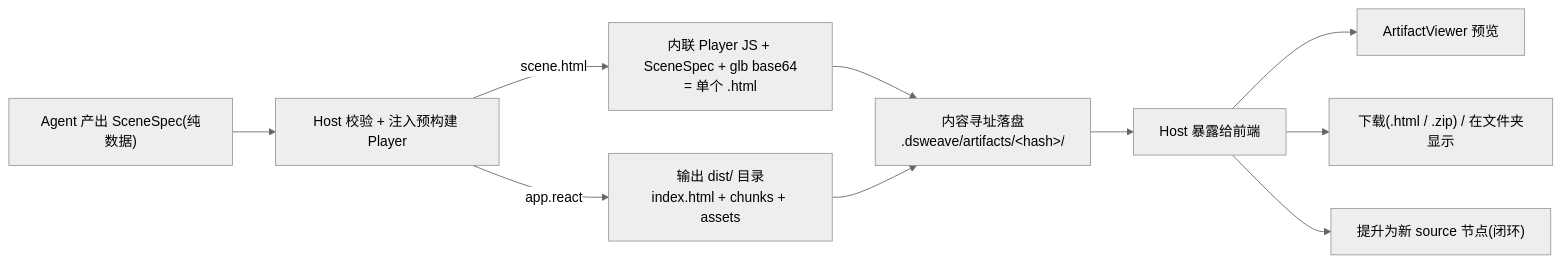
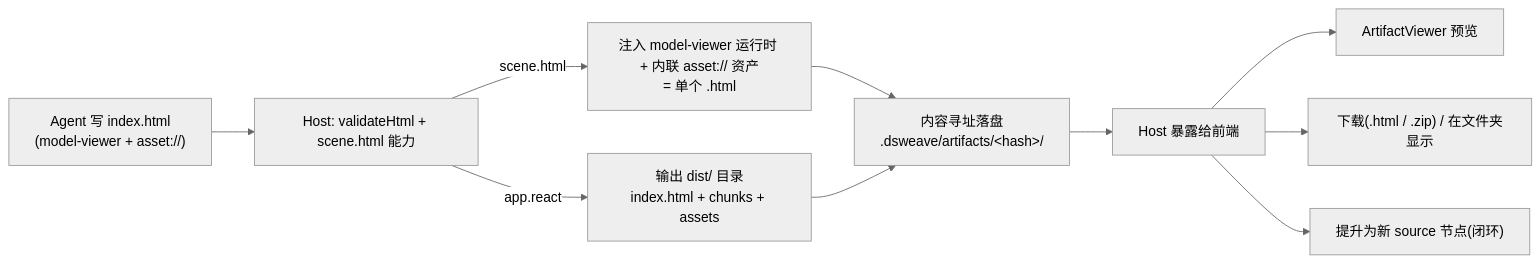
The second of 4 diagrams in docs/02-technical-design.md (creativedswork/DSWeave), drawn with Mermaid (neutral theme) before and after one commit. The commit also changed other lines of this file and 6 other files, not shown here.

Commit message:
docs: 同步「Agent 直接写 HTML」架构，重写设计文档与 README

````diff
--- a/docs/02-technical-design.md
+++ b/docs/02-technical-design.md
@@ -391,12 +403,12 @@
 ```mermaid
 flowchart LR
-  A["Agent 产出 SceneSpec(纯数据)"] --> B["Host 校验 + 注入预构建 Player"]
-  B -->|scene.html| C1["内联 Player JS + SceneSpec + glb base64<br/>= 单个 .html"]
+  A["Agent 写 index.html<br/>(model-viewer + asset://)"] --> B["Host: validateHtml + scene.html 能力"]
+  B -->|scene.html| C1["注入 model-viewer 运行时 + 内联 asset:// 资产<br/>= 单个 .html"]
   B -->|app.react| C2["输出 dist/ 目录<br/>index.html + chunks + assets"]
   C1 --> D["内容寻址落盘<br/>.dsweave/artifacts/&lt;hash&gt;/"]
   C2 --> D
   D --> E["Host 暴露给前端"]
   E --> F1["ArtifactViewer 预览"]
   E --> F2["下载(.html / .zip) / 在文件夹显示"]
   E --> F3["提升为新 source 节点(闭环)"]
 ```
````
